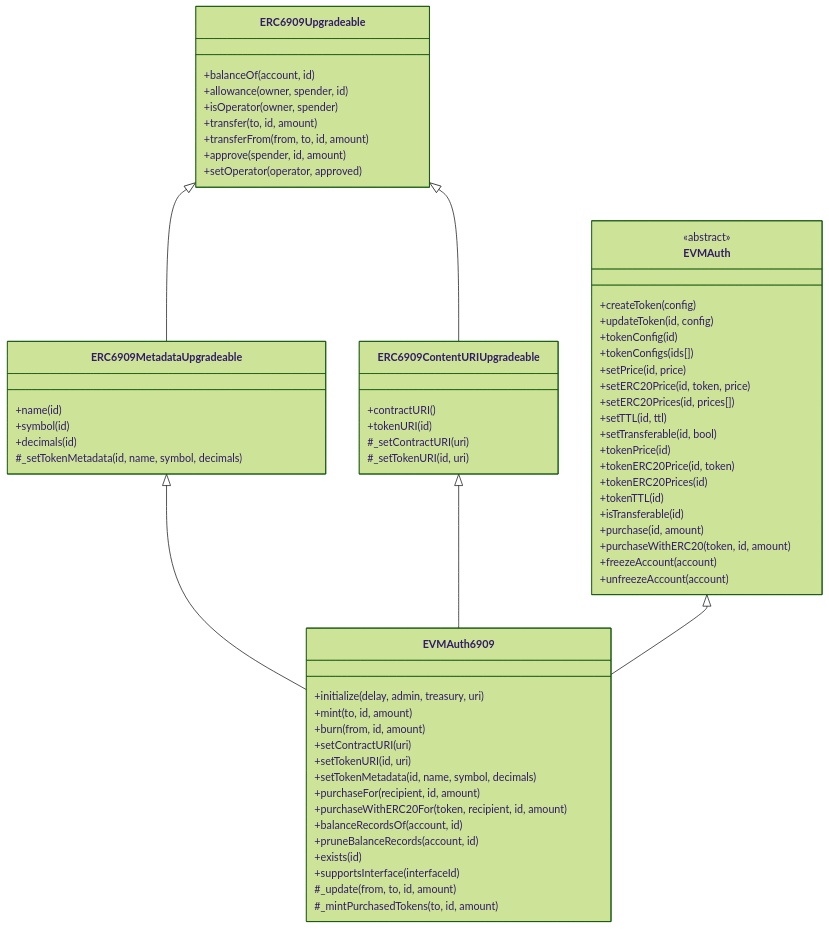
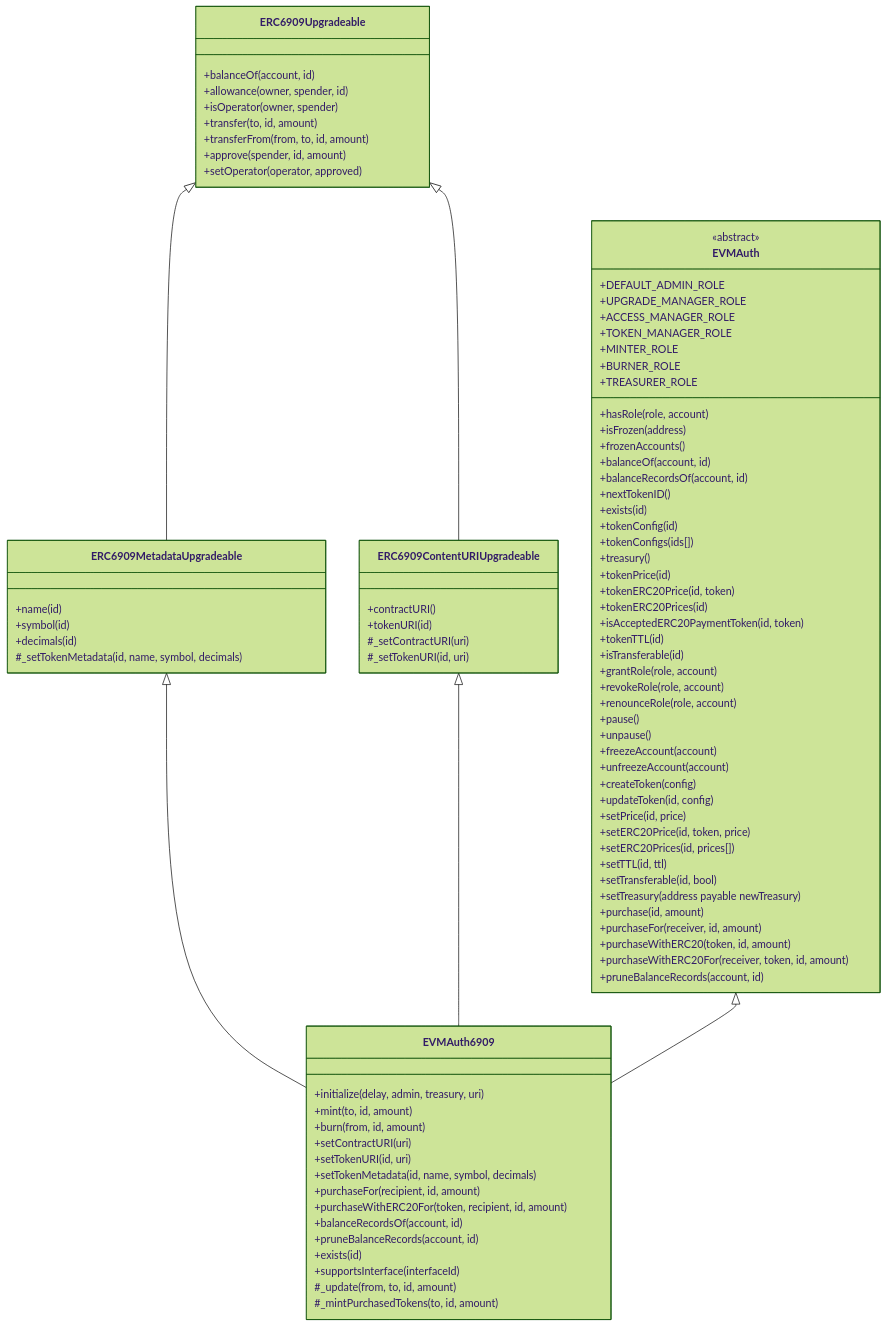
One commit to glanzz/evmauth-core changed the third of 3 diagrams in README.md. Above: the diagram before and after it, drawn with Mermaid (forest theme). The commit also changed other lines of this file and 5 other files, not shown here.

Commit message:
feat: use shared update logic for balance records

````diff
--- a/README.md
+++ b/README.md
@@ -316,25 +349,50 @@
 ```mermaid
 classDiagram
-    class EVMAuth {
+     class EVMAuth {
         <<abstract>>
+        +DEFAULT_ADMIN_ROLE
+        +UPGRADE_MANAGER_ROLE
+        +ACCESS_MANAGER_ROLE
+        +TOKEN_MANAGER_ROLE
+        +MINTER_ROLE
+        +BURNER_ROLE
+        +TREASURER_ROLE
+        +hasRole(role, account)
+        +isFrozen(address)
+        +frozenAccounts()
+        +balanceOf(account, id)
+        +balanceRecordsOf(account, id)
+        +nextTokenID()
+        +exists(id)
+        +tokenConfig(id)
+        +tokenConfigs(ids[])
+        +treasury()
+        +tokenPrice(id)
+        +tokenERC20Price(id, token)
+        +tokenERC20Prices(id)
+        +isAcceptedERC20PaymentToken(id, token)
+        +tokenTTL(id)
+        +isTransferable(id)
+        +grantRole(role, account)
+        +revokeRole(role, account)
+        +renounceRole(role, account)
+        +pause()
+        +unpause()
+        +freezeAccount(account)
+        +unfreezeAccount(account)
         +createToken(config)
         +updateToken(id, config)
-        +tokenConfig(id)
-        +tokenConfigs(ids[])
         +setPrice(id, price)
         +setERC20Price(id, token, price)
         +setERC20Prices(id, prices[])
         +setTTL(id, ttl)
         +setTransferable(id, bool)
-        +tokenPrice(id)
-        +tokenERC20Price(id, token)
-        +tokenERC20Prices(id)
-        +tokenTTL(id)
-        +isTransferable(id)
+        +setTreasury(address payable newTreasury)
         +purchase(id, amount)
+        +purchaseFor(receiver, id, amount)
         +purchaseWithERC20(token, id, amount)
-        +freezeAccount(account)
-        +unfreezeAccount(account)
+        +purchaseWithERC20For(receiver, token, id, amount)
+        +pruneBalanceRecords(account, id)
     }
     
     class ERC6909Upgradeable {
````
